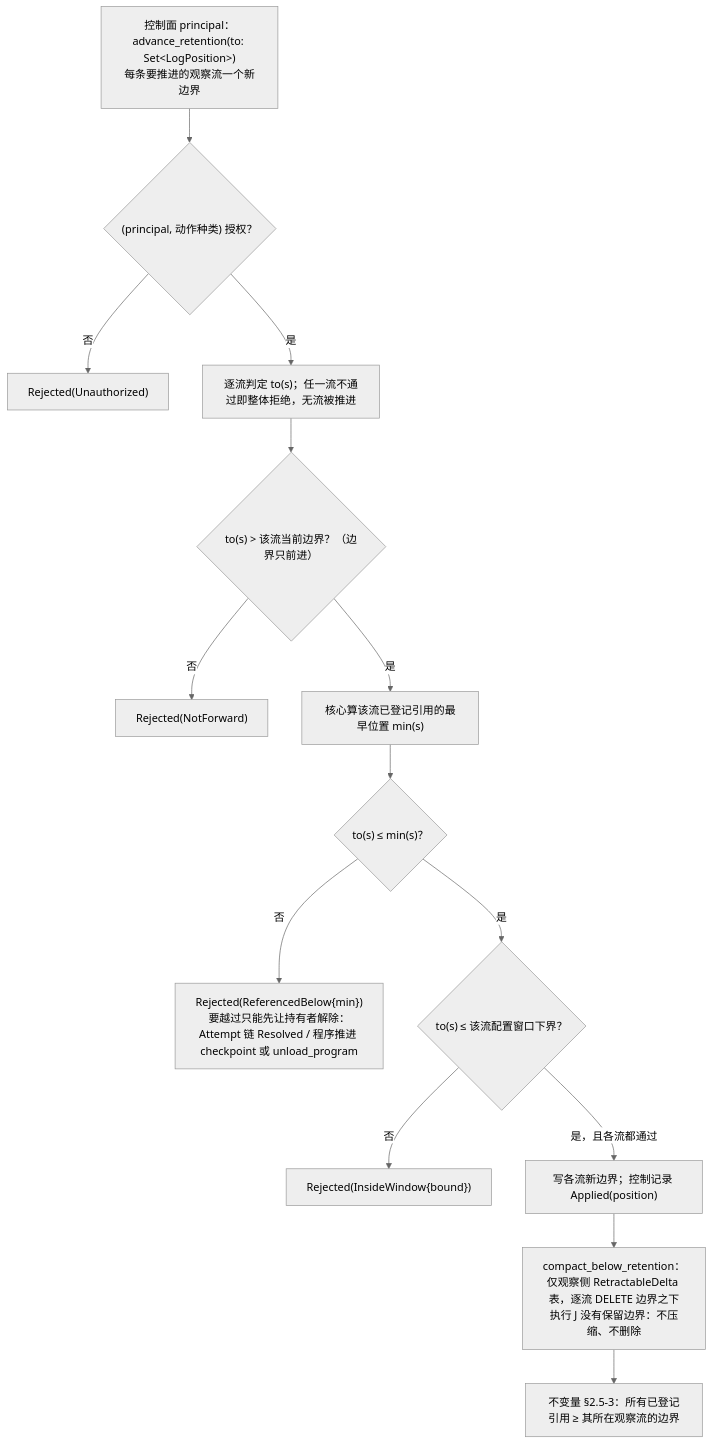
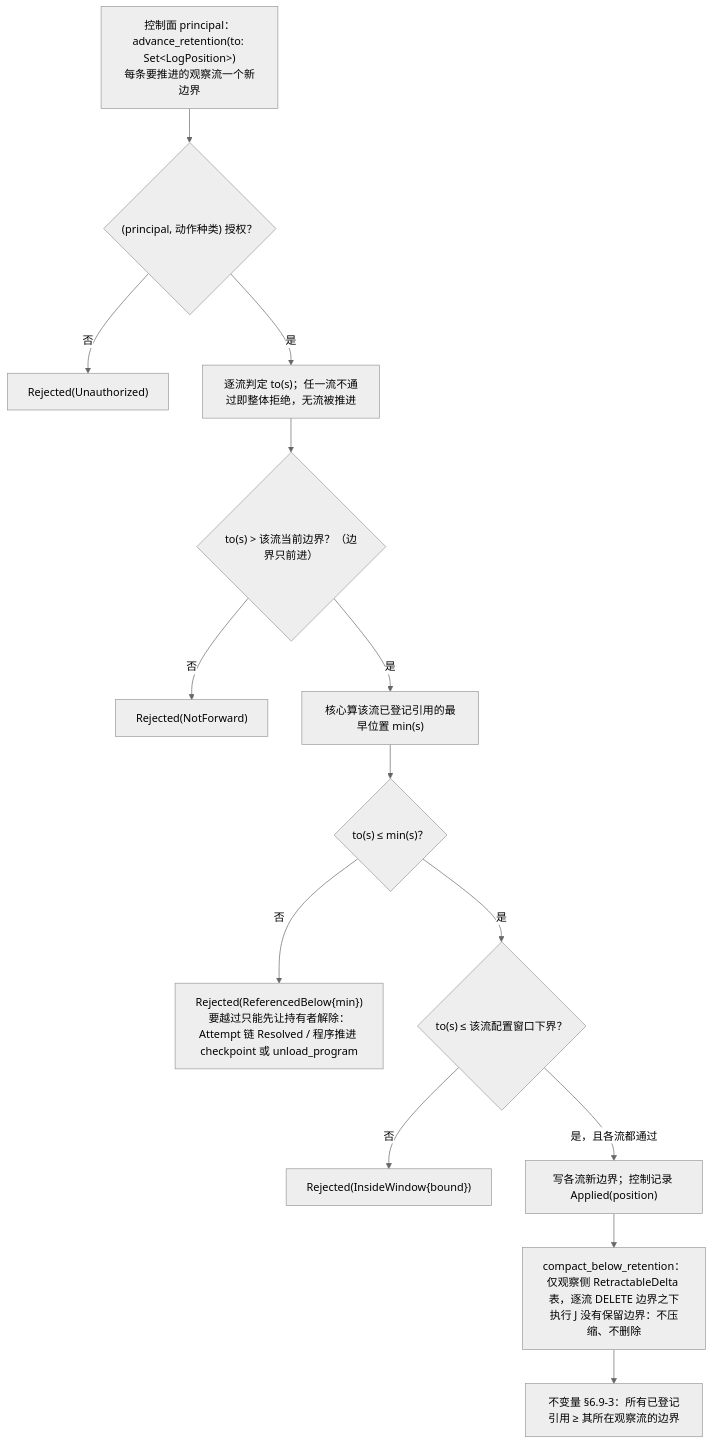
The second of 3 diagrams in design/diagrams/08-retention-and-references.md (mouriya-s-lab/uta), drawn with Mermaid (neutral theme) before and after one commit. The commit also changed other lines of this file and 24 other files, not shown here.

````diff
--- a/design/diagrams/08-retention-and-references.md
+++ b/design/diagrams/08-retention-and-references.md
@@ -47,16 +47,16 @@
 ```mermaid
 flowchart TB
   OP["控制面 principal：advance_retention(to: Set&lt;LogPosition&gt;)<br/>每条要推进的观察流一个新边界"] --> AUTH{"(principal, 动作种类) 授权？"}
   AUTH -->|"否"| U["Rejected(Unauthorized)"]
   AUTH -->|"是"| EACH["逐流判定 to(s)；任一流不通过即整体拒绝，无流被推进"]
   EACH --> MONO{"to(s) > 该流当前边界？（边界只前进）"}
   MONO -->|"否"| RJ0["Rejected(NotForward)"]
   MONO -->|"是"| MIN["核心算该流已登记引用的最早位置 min(s)"]
   MIN --> CMP{"to(s) ≤ min(s)？"}
   CMP -->|"否"| RJ["Rejected(ReferencedBelow{min})<br/>要越过只能先让持有者解除：Attempt 链 Resolved / 程序推进 checkpoint 或 unload_program"]
   CMP -->|"是"| WIN{"to(s) ≤ 该流配置窗口下界？"}
   WIN -->|"否"| RJ2["Rejected(InsideWindow{bound})"]
   WIN -->|"是，且各流都通过"| APPLY["写各流新边界；控制记录 Applied(position)"]
   APPLY --> COMPACT["compact_below_retention：仅观察侧 RetractableDelta 表，逐流 DELETE 边界之下<br/>执行 J 没有保留边界：不压缩、不删除"]
-  COMPACT --> INV["不变量 §2.5-3：所有已登记引用 ≥ 其所在观察流的边界"]
+  COMPACT --> INV["不变量 §6.9-3：所有已登记引用 ≥ 其所在观察流的边界"]
 ```
````
